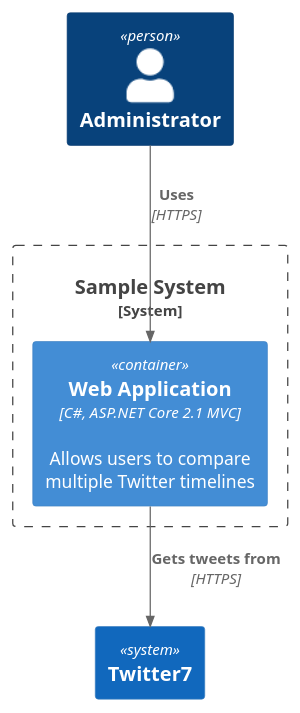
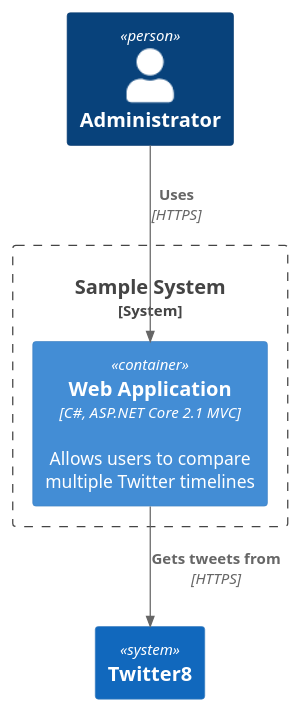
One commit to kcirtapfromspace/plantuml changed the diagram in doc/design/assets/diagram2.puml. Above: the diagram before and after it, drawn with PlantUML. The commit also changed 1 other file, not shown here.

```diff
--- a/doc/design/assets/diagram2.puml
+++ b/doc/design/assets/diagram2.puml
@@ -1,13 +1,13 @@
 @startuml Basic_Sample
 !include https://raw.githubusercontent.com/plantuml-stdlib/C4-PlantUML/master/C4_Container.puml
 
 Person(admin, "Administrator")
 System_Boundary(c1, "Sample System") {
     Container(web_app, "Web Application", "C#, ASP.NET Core 2.1 MVC", "Allows users to compare multiple Twitter timelines")
 }
 System(twitter, "Twitter")
-System(twitter, "Twitter7")
+System(twitter, "Twitter8")
 
 Rel(admin, web_app, "Uses", "HTTPS")
 Rel(web_app, twitter, "Gets tweets from", "HTTPS")
 @enduml
```
